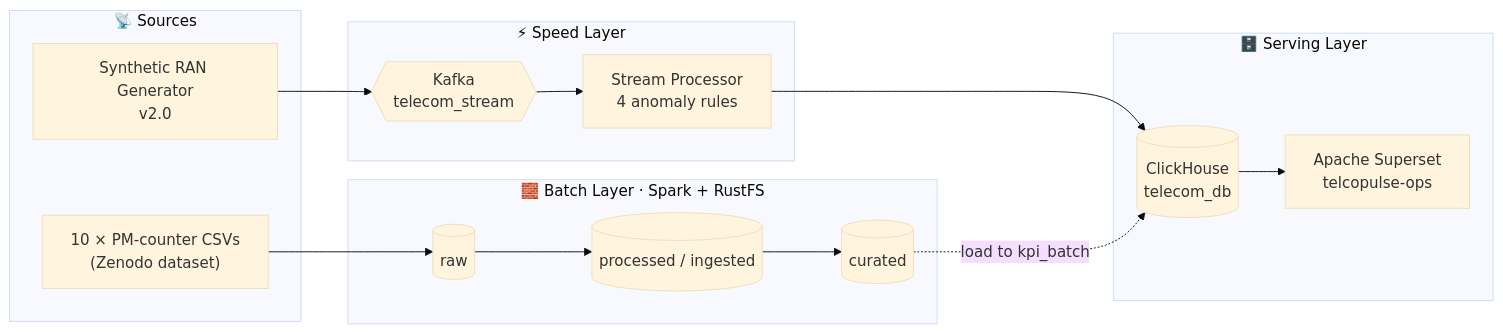
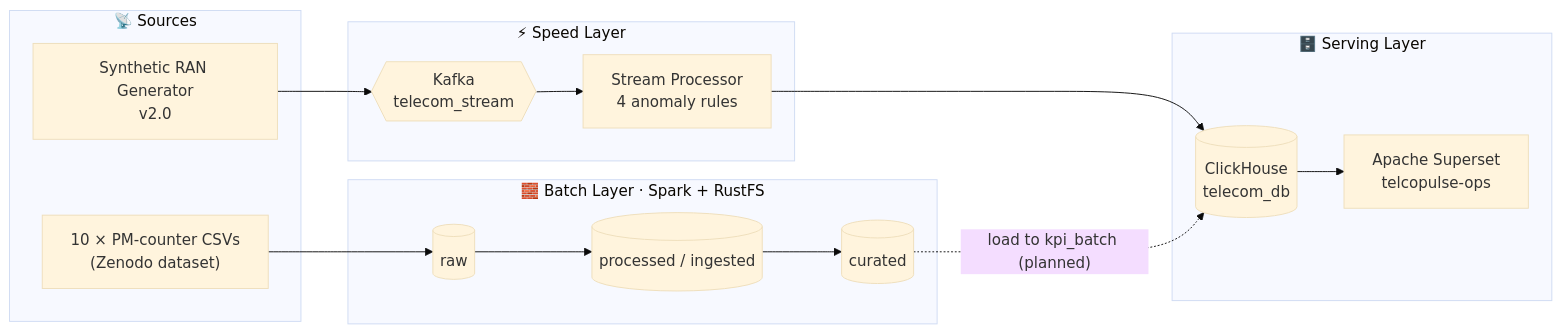
Before and after one commit to MohammedAhmed-01/TelcoPulseCluster: the first of 5 diagrams in README.md, drawn with Mermaid (base theme). The commit also changed other lines of this file, not shown here.

````diff
--- a/README.md
+++ b/README.md
@@ -58,26 +88,26 @@
 ```mermaid
 flowchart LR
     subgraph SRC["📡 Sources"]
         CSV["10 × PM-counter CSVs<br/>(Zenodo dataset)"]
         GEN["Synthetic RAN Generator<br/>v2.0"]
     end
 
     subgraph BATCH["🧱 Batch Layer · Spark + RustFS"]
         RAW[("raw")] --> ING[("processed / ingested")] --> CUR[("curated")]
     end
 
     subgraph SPEED["⚡ Speed Layer"]
         KAFKA{{"Kafka<br/>telecom_stream"}} --> SP["Stream Processor<br/>4 anomaly rules"]
     end
 
     subgraph SERVE["🗄️ Serving Layer"]
         CH[("ClickHouse<br/>telecom_db")]
         SS["Apache Superset<br/>telcopulse-ops"]
     end
 
     CSV --> RAW
     GEN --> KAFKA
     SP --> CH
-    CUR -. "load to kpi_batch" .-> CH
+    CUR -. "load to kpi_batch (planned)" .-> CH
     CH --> SS
 ```
````
